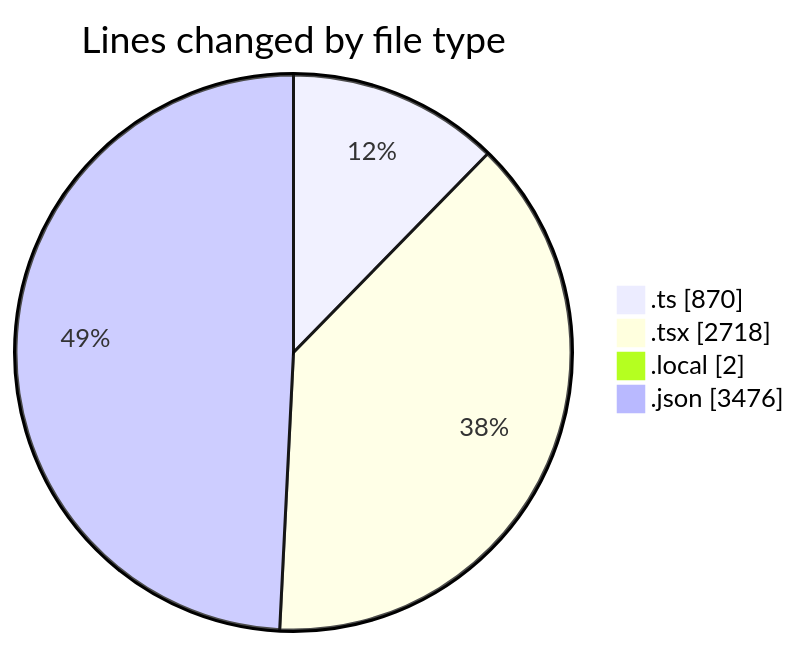
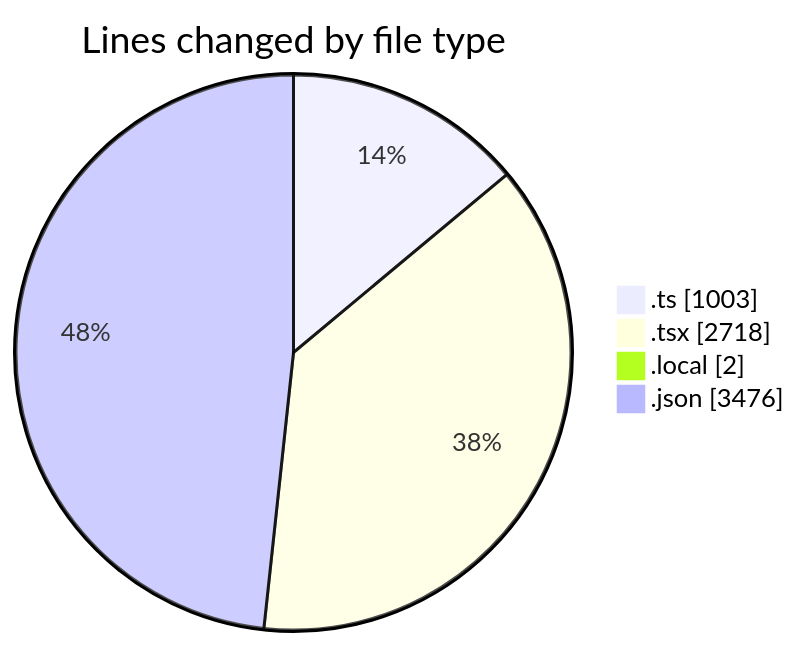
The first of 2 diagrams in 2025-10-28/eventscop-frontend-guide__workspace_/README.md (julien-gomy/code-tracking), drawn with Mermaid before and after one commit. The commit also changed other lines of this file and 1 other file, not shown here.

````diff
--- a/2025-10-28/eventscop-frontend-guide__workspace_/README.md
+++ b/2025-10-28/eventscop-frontend-guide__workspace_/README.md
@@ -42,8 +43,8 @@
 ```mermaid
 pie showData
 title Lines changed by file type
-".ts" : 870
+".ts" : 1003
 ".tsx" : 2718
 ".local" : 2
 ".json" : 3476
 ```
````
